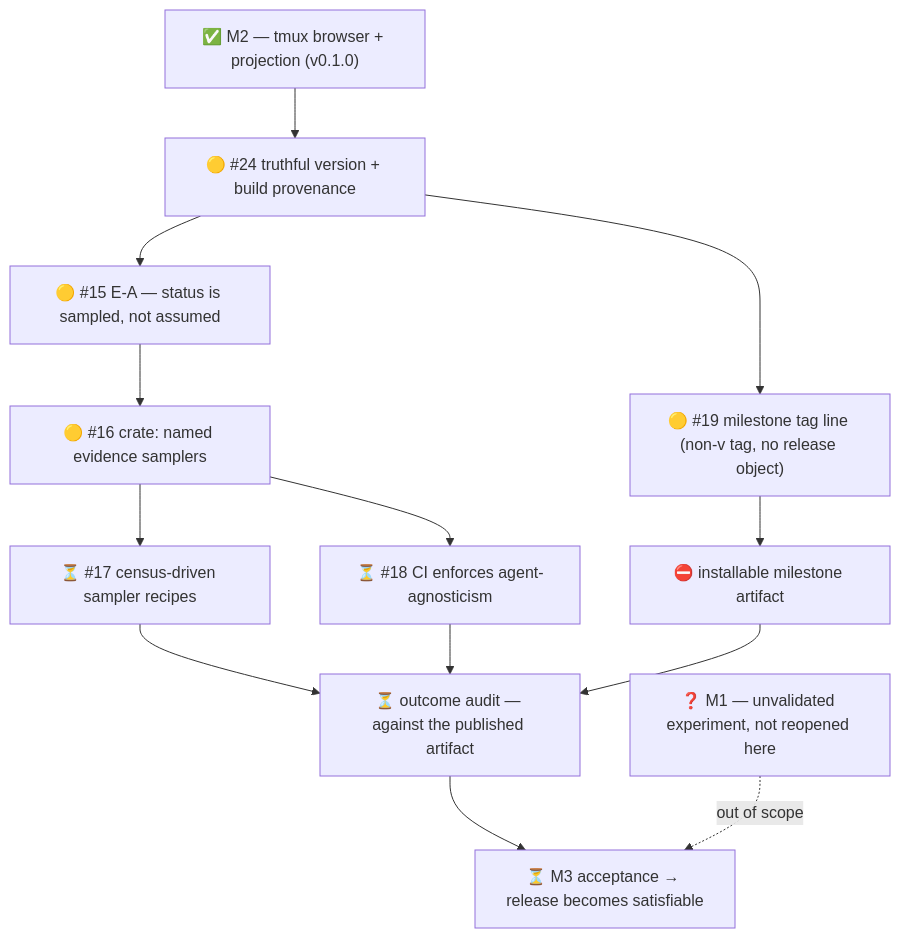
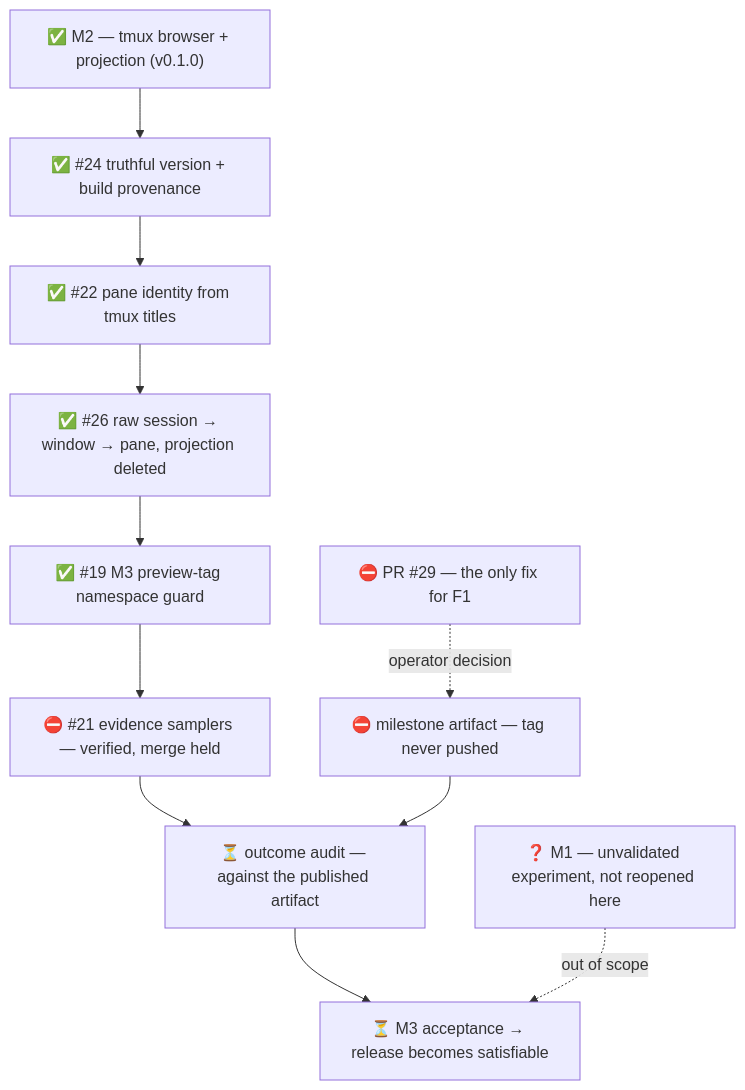
Before and after one commit to lambdasistemi/factory-tui: the diagram in .milestones/3/state.md, drawn with Mermaid. The commit also changed other lines of this file and 1 other file, not shown here.

````diff
--- a/.milestones/3/state.md
+++ b/.milestones/3/state.md
@@ -11,26 +17,20 @@
 ```mermaid
 flowchart TD
   M2["✅ M2 — tmux browser + projection (v0.1.0)"]
-  TE["🟡 #24 truthful version + build provenance"]
-  EA["🟡 #15 E-A — status is sampled, not assumed"]
-  EA1["🟡 #16 crate: named evidence samplers"]
-  EA2["⏳ #17 census-driven sampler recipes"]
-  EA3["⏳ #18 CI enforces agent-agnosticism"]
-  TB["🟡 #19 milestone tag line (non-v tag, no release object)"]
-  ART["⛔ installable milestone artifact"]
+  TE["✅ #24 truthful version + build provenance"]
+  TD["✅ #22 pane identity from tmux titles"]
+  TF["✅ #26 raw session → window → pane, projection deleted"]
+  TB["✅ #19 M3 preview-tag namespace guard"]
+  S16["⛔ #21 evidence samplers — verified, merge held"]
+  ART["⛔ milestone artifact — tag never pushed"]
+  REL["⛔ PR #29 — the only fix for F1"]
   AUD["⏳ outcome audit — against the published artifact"]
   ACC["⏳ M3 acceptance → release becomes satisfiable"]
   M1["❓ M1 — unvalidated experiment, not reopened here"]
 
-  M2 --> TE
-  TE --> EA
-  TE --> TB
-  EA --> EA1 --> EA2
-  EA1 --> EA3
-  TB --> ART
-  EA2 --> AUD
-  EA3 --> AUD
+  M2 --> TE --> TD --> TF --> TB --> S16 --> AUD
   ART --> AUD
+  REL -.->|operator decision| ART
   AUD --> ACC
   M1 -.->|out of scope| ACC
 ```
````
